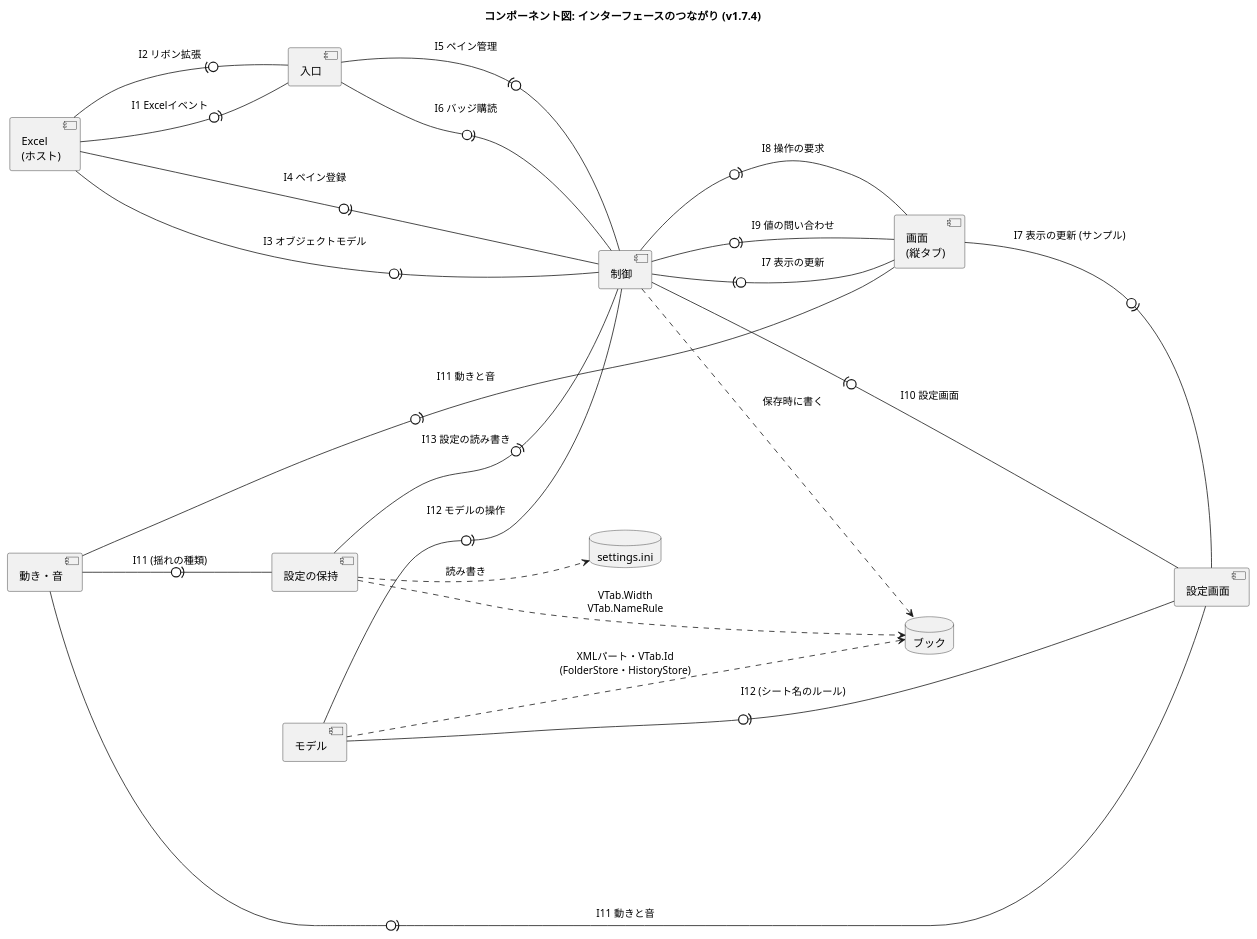
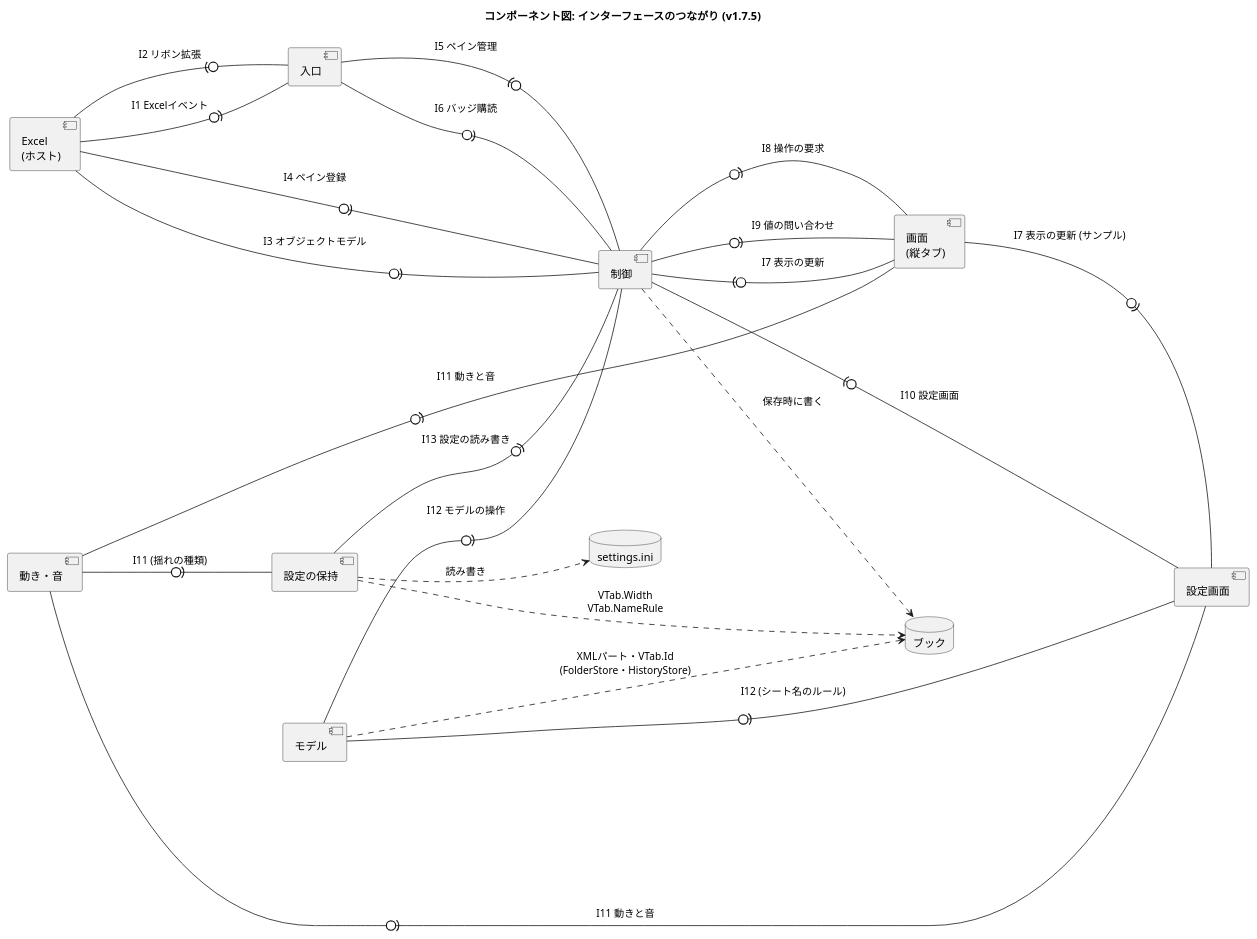
One commit to nk-taka623/VerticalSheetTabs changed the diagram in docs/component-interface.puml. Above: the diagram before and after it, drawn with PlantUML. The commit also changed 15 other files, not shown here.

Commit message:
v1.7.5: バージョンを上げる (README の変更点、設定画面の画像、図)

```diff
--- a/docs/component-interface.puml
+++ b/docs/component-interface.puml
@@ -1,43 +1,43 @@
 @startuml
-title コンポーネント図: インターフェースのつながり (v1.7.4)
+title コンポーネント図: インターフェースのつながり (v1.7.5)
 left to right direction
 skinparam componentStyle uml2
 skinparam shadowing false
 skinparam nodesep 50
 skinparam ranksep 110
 
 component "Excel\n(ホスト)" as HOST
 component "入口" as ENTRY
 component "制御" as CTRL
 component "画面\n(縦タブ)" as VIEW
 component "設定画面" as SETTINGS
 component "動き・音" as FX
 component "モデル" as MODEL
 component "設定の保持" as CONFIG
 database "ブック" as BOOK
 database "settings.ini" as INI
 
 ' 「提供側 -0)- 利用側」: 丸が提供するインターフェース、受け口が利用 (I1 から I13 は、DEVELOPMENT.md の表)
 HOST -0)- ENTRY : I1 Excelイベント
 ENTRY -0)- HOST : I2 リボン拡張
 HOST -0)- CTRL : I3 オブジェクトモデル
 HOST -0)- CTRL : I4 ペイン登録
 CTRL -0)- ENTRY : I5 ペイン管理
 ENTRY -0)- CTRL : I6 バッジ購読
 VIEW -0)- CTRL : I7 表示の更新
 CTRL -0)- VIEW : I8 操作の要求
 CTRL -0)- VIEW : I9 値の問い合わせ
 SETTINGS -0)- CTRL : I10 設定画面
 VIEW -0)- SETTINGS : I7 表示の更新 (サンプル)
 FX -0)- VIEW : I11 動きと音
 FX -0)- SETTINGS : I11 動きと音
 FX -0)- CONFIG : I11 (揺れの種類)
 MODEL -0)- CTRL : I12 モデルの操作
 MODEL -0)- SETTINGS : I12 (シート名のルール)
 CONFIG -0)- CTRL : I13 設定の読み書き
 
 CTRL ..> BOOK : 保存時に書く
 MODEL ..> BOOK : XMLパート・VTab.Id\n(FolderStore・HistoryStore)
 CONFIG ..> BOOK : VTab.Width\nVTab.NameRule
 CONFIG ..> INI : 読み書き
 @enduml
```
